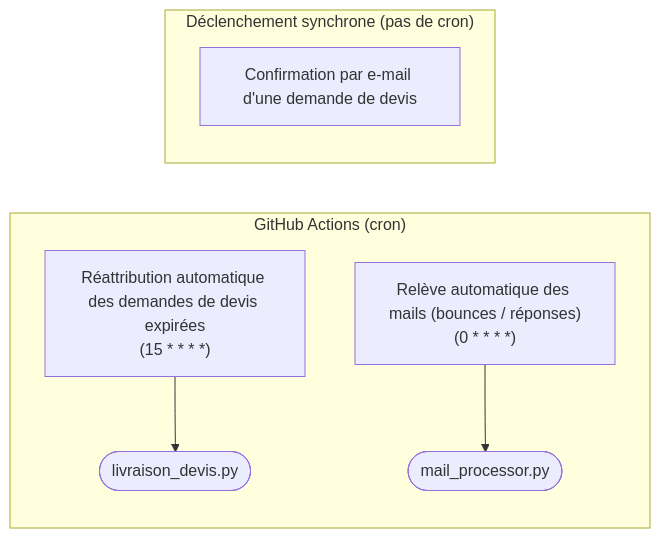
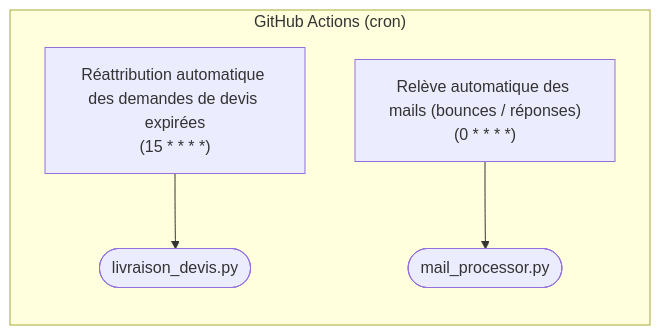
Before and after one commit to contactmonagenceiapro-sudo/leads-creator: the second of 3 diagrams in docs/architecture_globale.md, drawn with Mermaid. The commit also changed other lines of this file, not shown here.

Commit message:
docs: mise à jour automatique de l'architecture

````diff
--- a/docs/architecture_globale.md
+++ b/docs/architecture_globale.md
@@ -343,10 +343,7 @@
 ```mermaid
 flowchart LR
     subgraph CRON["GitHub Actions (cron)"]
         livraison_devis_yml["Réattribution automatique des demandes de devis expirées<br/>(15 * * * *)"] --> livraison_devis_yml_script(["livraison_devis.py"])
         mail_check_yml["Relève automatique des mails (bounces / réponses)<br/>(0 * * * *)"] --> mail_check_yml_script(["mail_processor.py"])
     end
-    subgraph SYNC["Déclenchement synchrone (pas de cron)"]
-        sync_0["Confirmation par e-mail d'une demande de devis"]
-    end
 ```
````
